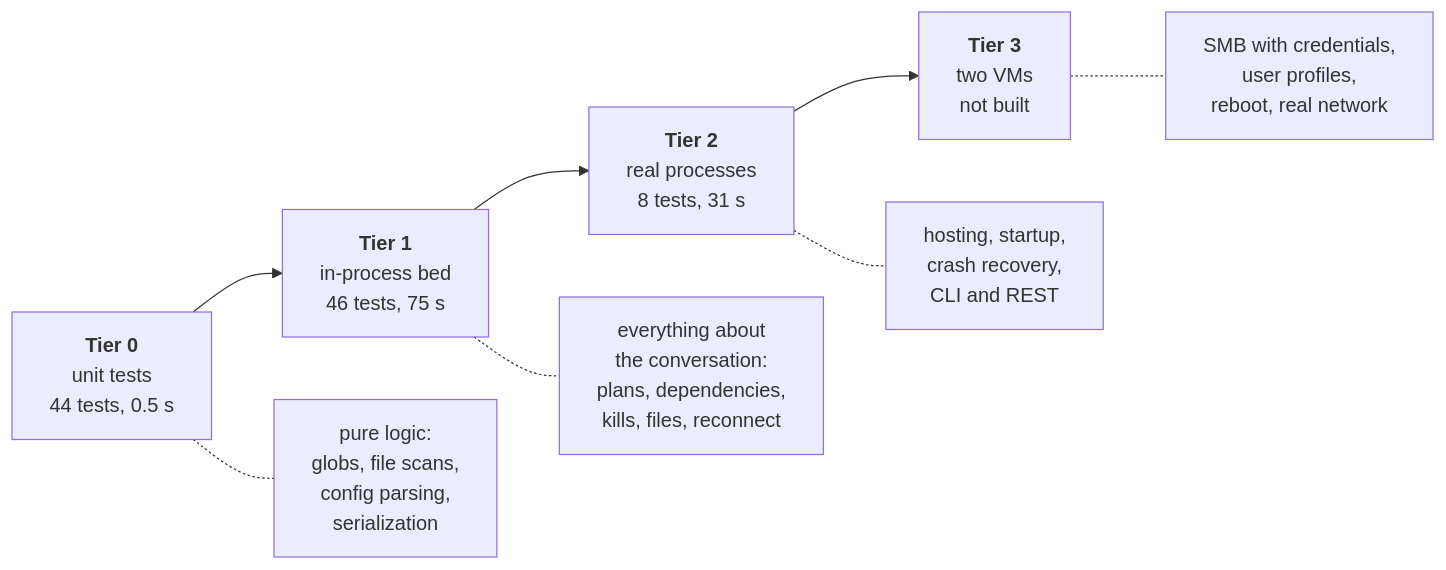
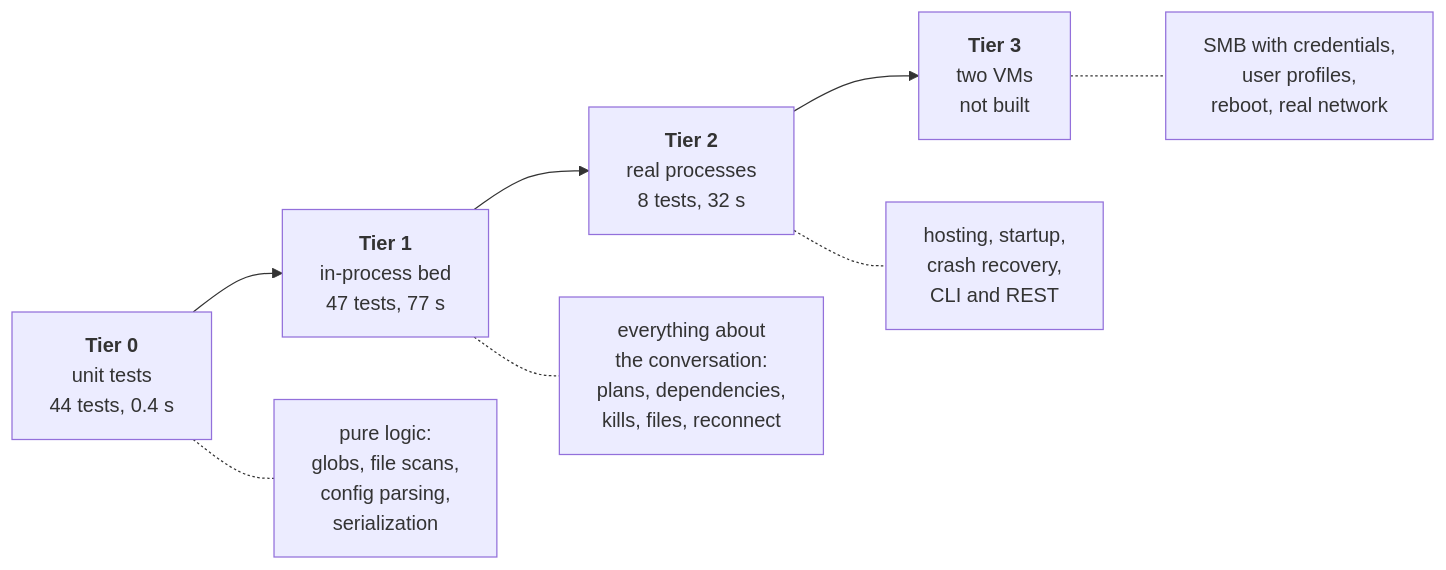
The first of 5 diagrams in docs/TestHarness.md (pjanec/dirigent), drawn with Mermaid before and after one commit. The commit also changed other lines of this file and 11 other files, not shown here.

````diff
--- a/docs/TestHarness.md
+++ b/docs/TestHarness.md
@@ -85,14 +86,14 @@
 ```mermaid
 flowchart LR
-    T0["<b>Tier 0</b><br/>unit tests<br/>44 tests, 0.5 s"]
-    T1["<b>Tier 1</b><br/>in-process bed<br/>46 tests, 75 s"]
-    T2["<b>Tier 2</b><br/>real processes<br/>8 tests, 31 s"]
+    T0["<b>Tier 0</b><br/>unit tests<br/>44 tests, 0.4 s"]
+    T1["<b>Tier 1</b><br/>in-process bed<br/>47 tests, 77 s"]
+    T2["<b>Tier 2</b><br/>real processes<br/>8 tests, 32 s"]
     T3["<b>Tier 3</b><br/>two VMs<br/>not built"]
 
     T0 --> T1 --> T2 --> T3
 
     T0 -.- N0["pure logic:<br/>globs, file scans,<br/>config parsing,<br/>serialization"]
     T1 -.- N1["everything about<br/>the conversation:<br/>plans, dependencies,<br/>kills, files, reconnect"]
     T2 -.- N2["hosting, startup,<br/>crash recovery,<br/>CLI and REST"]
     T3 -.- N3["SMB with credentials,<br/>user profiles,<br/>reboot, real network"]
 ```
````
